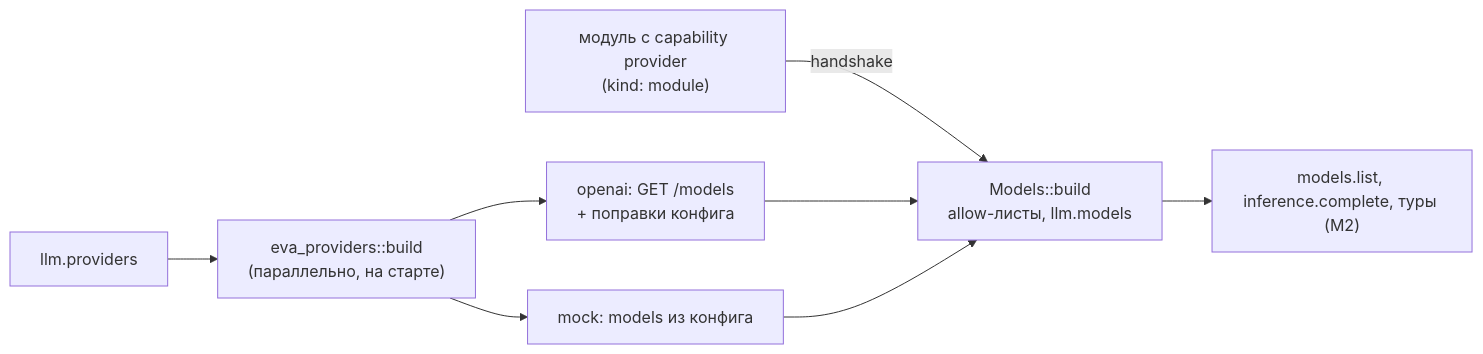
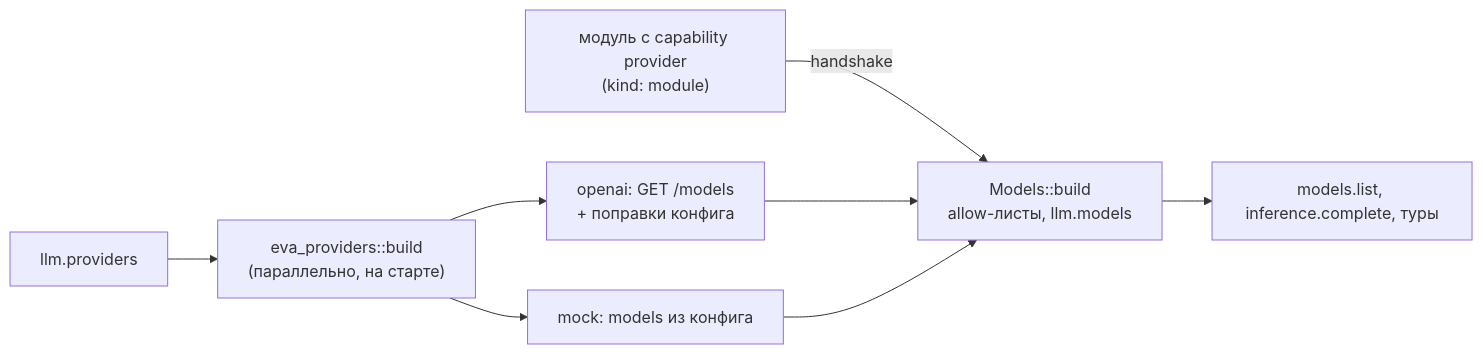
The diagram in docs/src/providers.md (eva-rs/kernel), drawn with Mermaid before and after one commit. The commit also changed other lines of this file and 239 other files, not shown here.

````diff
--- a/docs/src/providers.md
+++ b/docs/src/providers.md
@@ -14,10 +14,10 @@
 ```mermaid
 flowchart LR
     cfg["llm.providers"] --> build["eva_providers::build<br/>(параллельно, на старте)"]
     build --> P1["openai: GET /models<br/>+ поправки конфига"]
     build --> P2["mock: models из конфига"]
     mod["модуль с capability provider<br/>(kind: module)"] -->|handshake| reg
     P1 --> reg["Models::build<br/>allow-листы, llm.models"]
     P2 --> reg
-    reg --> ops["models.list, inference.complete, туры (M2)"]
+    reg --> ops["models.list, inference.complete, туры"]
 ```
````
